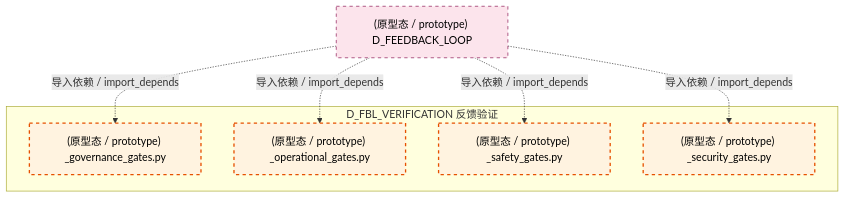
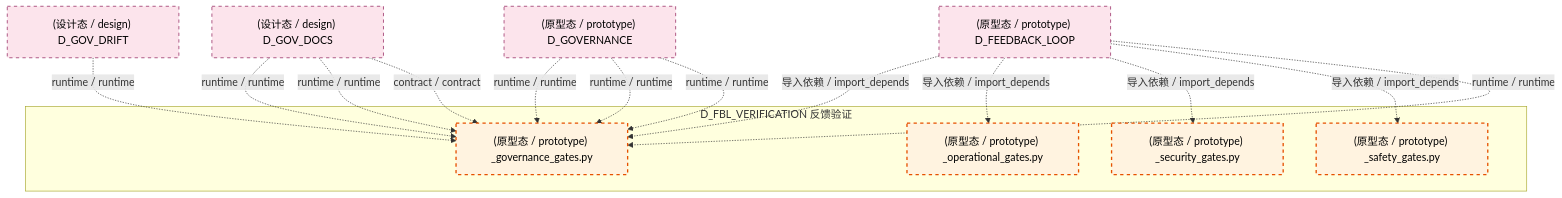
The fifth of 6 diagrams in docs/02_enterprise_architecture/02_domain_architecture_docs/13_d_fbl_verification.md (xuanFelixVan/ZephyrAlpha), drawn with Mermaid before and after one commit. The commit also changed other lines of this file and 126 other files, not shown here.

````diff
--- a/docs/02_enterprise_architecture/02_domain_architecture_docs/13_d_fbl_verification.md
+++ b/docs/02_enterprise_architecture/02_domain_architecture_docs/13_d_fbl_verification.md
@@ -441,20 +444,31 @@
 ```mermaid
 graph TD
     subgraph D_FBL_VERIFICATION["D_FBL_VERIFICATION 反馈验证"]
         src_zephyr_feedback_loop_gates_governance_gates_py["(原型态 / prototype) _governance_gates.py"]
         src_zephyr_feedback_loop_gates_operational_gates_py["(原型态 / prototype) _operational_gates.py"]
         src_zephyr_feedback_loop_gates_safety_gates_py["(原型态 / prototype) _safety_gates.py"]
         src_zephyr_feedback_loop_gates_security_gates_py["(原型态 / prototype) _security_gates.py"]
     end
     D_FEEDBACK_LOOP["(原型态 / prototype) D_FEEDBACK_LOOP"]
+    D_FEEDBACK_LOOP -.->|导入依赖 / import_depends| src_zephyr_feedback_loop_gates_governance_gates_py
     D_FEEDBACK_LOOP -.->|导入依赖 / import_depends| src_zephyr_feedback_loop_gates_operational_gates_py
+    D_FEEDBACK_LOOP -.->|导入依赖 / import_depends| src_zephyr_feedback_loop_gates_security_gates_py
     D_FEEDBACK_LOOP -.->|导入依赖 / import_depends| src_zephyr_feedback_loop_gates_safety_gates_py
-    D_FEEDBACK_LOOP -.->|导入依赖 / import_depends| src_zephyr_feedback_loop_gates_security_gates_py
-    D_FEEDBACK_LOOP -.->|导入依赖 / import_depends| src_zephyr_feedback_loop_gates_governance_gates_py
+    D_FEEDBACK_LOOP -.->|runtime / runtime| src_zephyr_feedback_loop_gates_governance_gates_py
+    D_GOV_DOCS["(设计态 / design) D_GOV_DOCS"]
+    D_GOV_DOCS -.->|runtime / runtime| src_zephyr_feedback_loop_gates_governance_gates_py
+    D_GOV_DRIFT["(设计态 / design) D_GOV_DRIFT"]
+    D_GOV_DRIFT -.->|runtime / runtime| src_zephyr_feedback_loop_gates_governance_gates_py
+    D_GOVERNANCE["(原型态 / prototype) D_GOVERNANCE"]
+    D_GOVERNANCE -.->|runtime / runtime| src_zephyr_feedback_loop_gates_governance_gates_py
+    D_GOVERNANCE -.->|runtime / runtime| src_zephyr_feedback_loop_gates_governance_gates_py
+    D_GOV_DOCS -.->|runtime / runtime| src_zephyr_feedback_loop_gates_governance_gates_py
+    D_GOV_DOCS -.->|contract / contract| src_zephyr_feedback_loop_gates_governance_gates_py
+    D_GOVERNANCE -.->|runtime / runtime| src_zephyr_feedback_loop_gates_governance_gates_py
     classDef production fill:#e1f5fe,stroke:#01579b,stroke-width:2px,color:#000
     classDef design fill:#fff3e0,stroke:#e65100,stroke-width:2px,color:#000,stroke-dasharray: 5 5
     classDef external_prod fill:#e8f5e9,stroke:#1b5e20,stroke-width:1px,color:#000
     classDef external_design fill:#fce4ec,stroke:#880e4f,stroke-width:1px,color:#000,stroke-dasharray: 5 5
     class src_zephyr_feedback_loop_gates_governance_gates_py,src_zephyr_feedback_loop_gates_operational_gates_py,src_zephyr_feedback_loop_gates_safety_gates_py,src_zephyr_feedback_loop_gates_security_gates_py design
-    class D_FEEDBACK_LOOP external_design
+    class D_FEEDBACK_LOOP,D_GOV_DOCS,D_GOV_DRIFT,D_GOVERNANCE external_design
 ```
````
